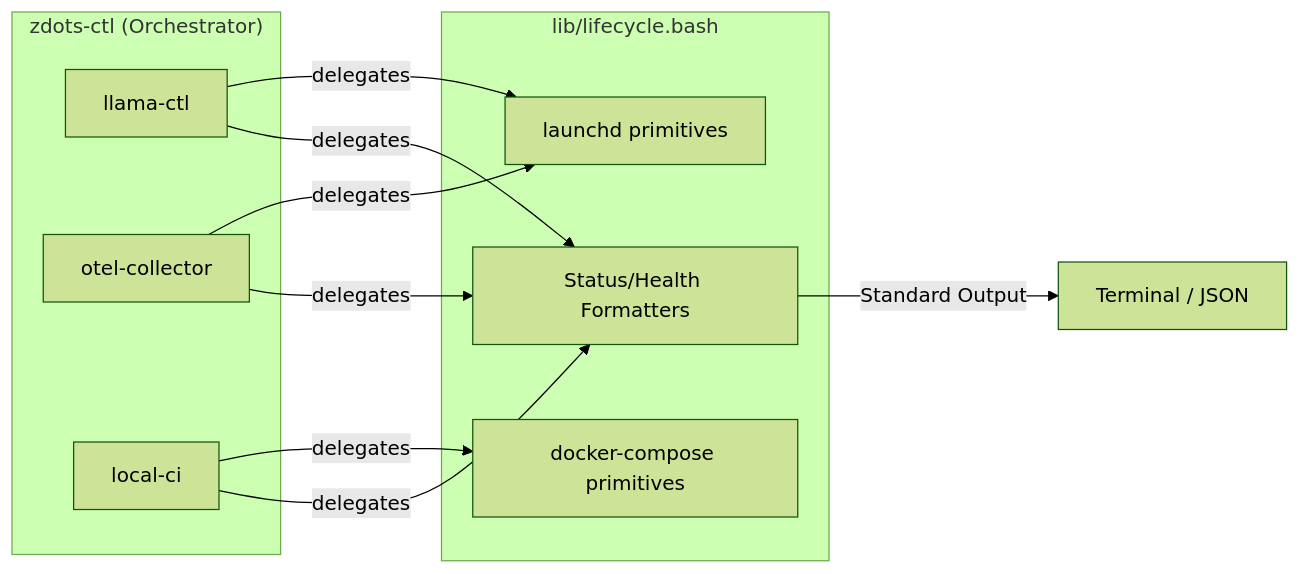
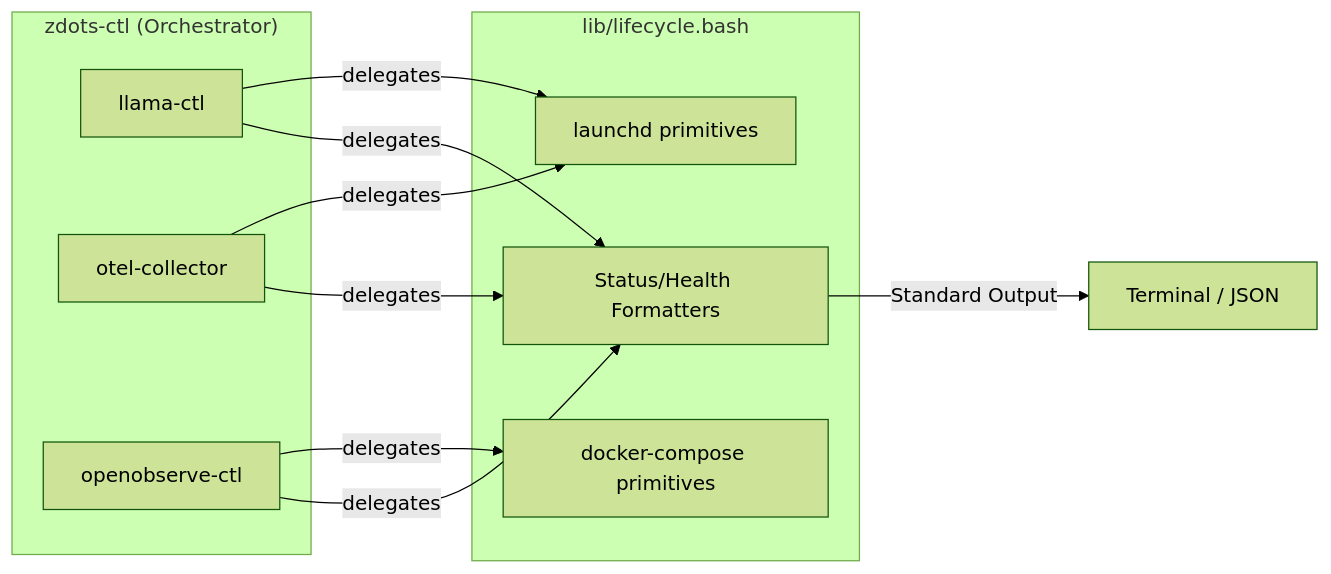
One commit to just3ws/zdots changed the third of 4 diagrams in README.md. Above: the diagram before and after it, drawn with Mermaid (forest theme). The commit also changed other lines of this file and 20 other files, not shown here.

````diff
--- a/README.md
+++ b/README.md
@@ -124,25 +121,25 @@
 ```mermaid
 graph LR
     subgraph ControlPlane ["zdots-ctl (Orchestrator)"]
         A[llama-ctl]
         B[otel-collector]
-        C[local-ci]
+        C[openobserve-ctl]
     end
 
     subgraph LifecycleEngine ["lib/lifecycle.bash"]
         L1[launchd primitives]
         L2[docker-compose primitives]
         L3[Status/Health Formatters]
     end
 
     A -- "delegates" --> L1
     A -- "delegates" --> L3
     
     B -- "delegates" --> L1
     B -- "delegates" --> L3
     
     C -- "delegates" --> L2
     C -- "delegates" --> L3
 
     L3 -- "Standard Output" --> UI[Terminal / JSON]
 ```
````
